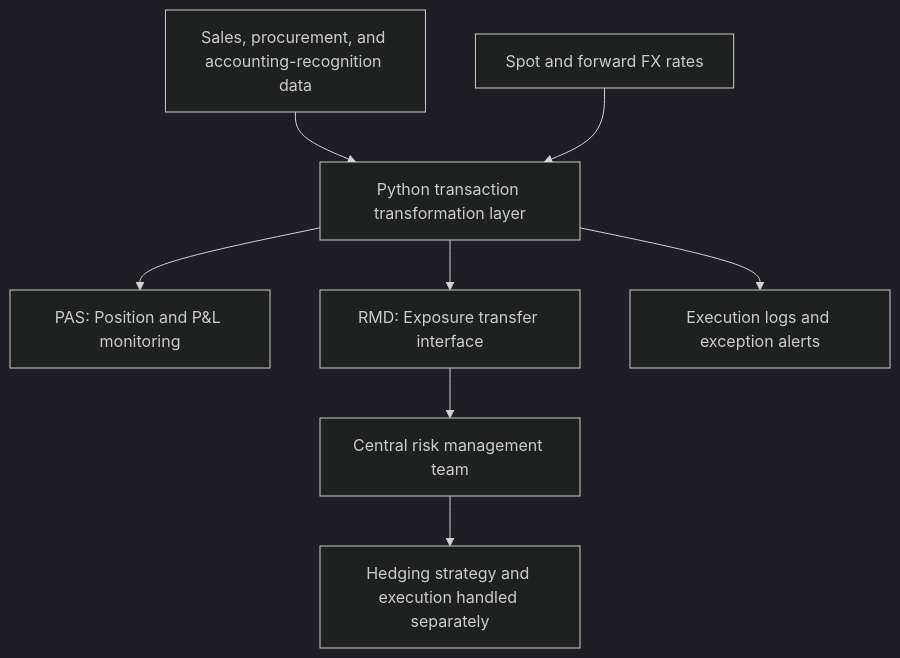
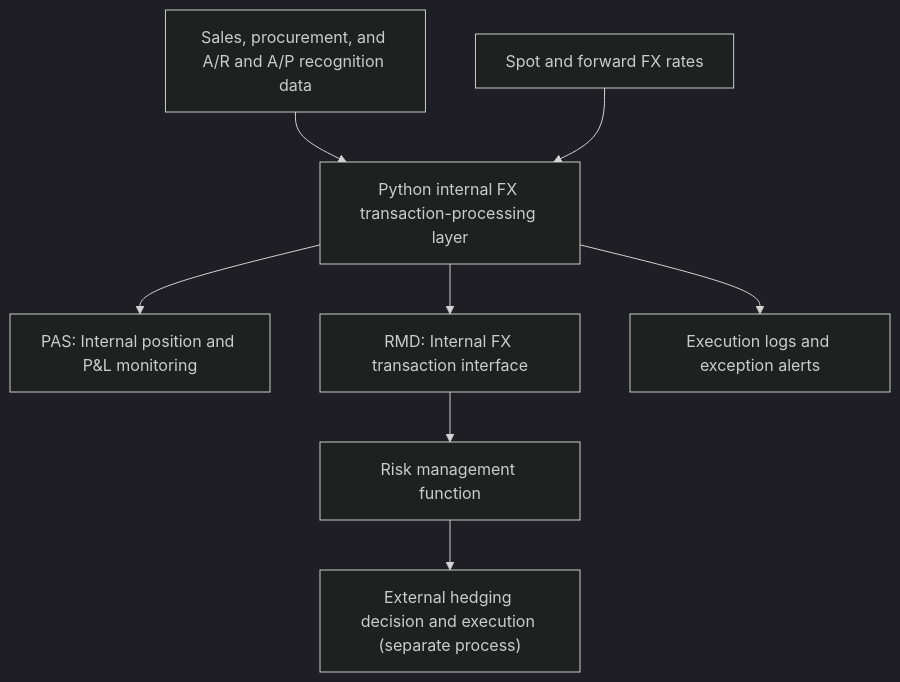
Before and after one commit to ChienChienChien/FX_Hedging_Automation: the diagram in README.md, drawn with Mermaid (dark theme). The commit also changed other lines of this file, not shown here.

Commit message:
Clarify internal FX transfer and external hedging boundary

````diff
--- a/README.md
+++ b/README.md
@@ -50,12 +50,12 @@
 ```mermaid
 flowchart TB
-    A["Sales, procurement, and accounting-recognition data"] --> D["Python transaction transformation layer"]
+    A["Sales, procurement, and A/R and A/P recognition data"] --> D["Python internal FX transaction-processing layer"]
     B["Spot and forward FX rates"] --> D
 
-    D --> E["PAS: Position and P&L monitoring"]
-    D --> F["RMD: Exposure transfer interface"]
+    D --> E["PAS: Internal position and P&L monitoring"]
+    D --> F["RMD: Internal FX transaction interface"]
     D --> G["Execution logs and exception alerts"]
 
-    F --> H["Central risk management team"]
-    H --> I["Hedging strategy and execution handled separately"]
+    F --> H["Risk management function"]
+    H --> I["External hedging decision and execution (separate process)"]
 ```
````
